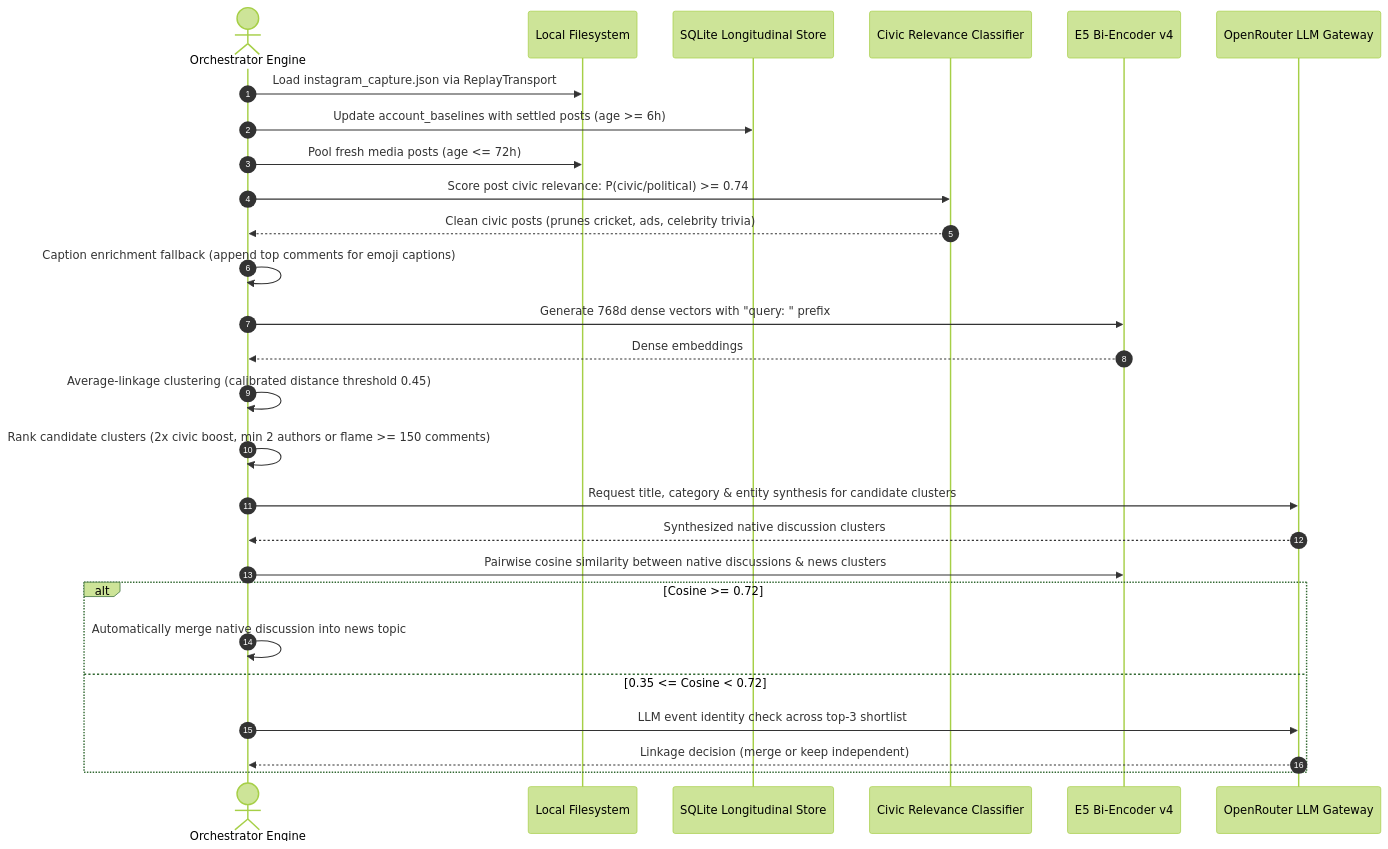
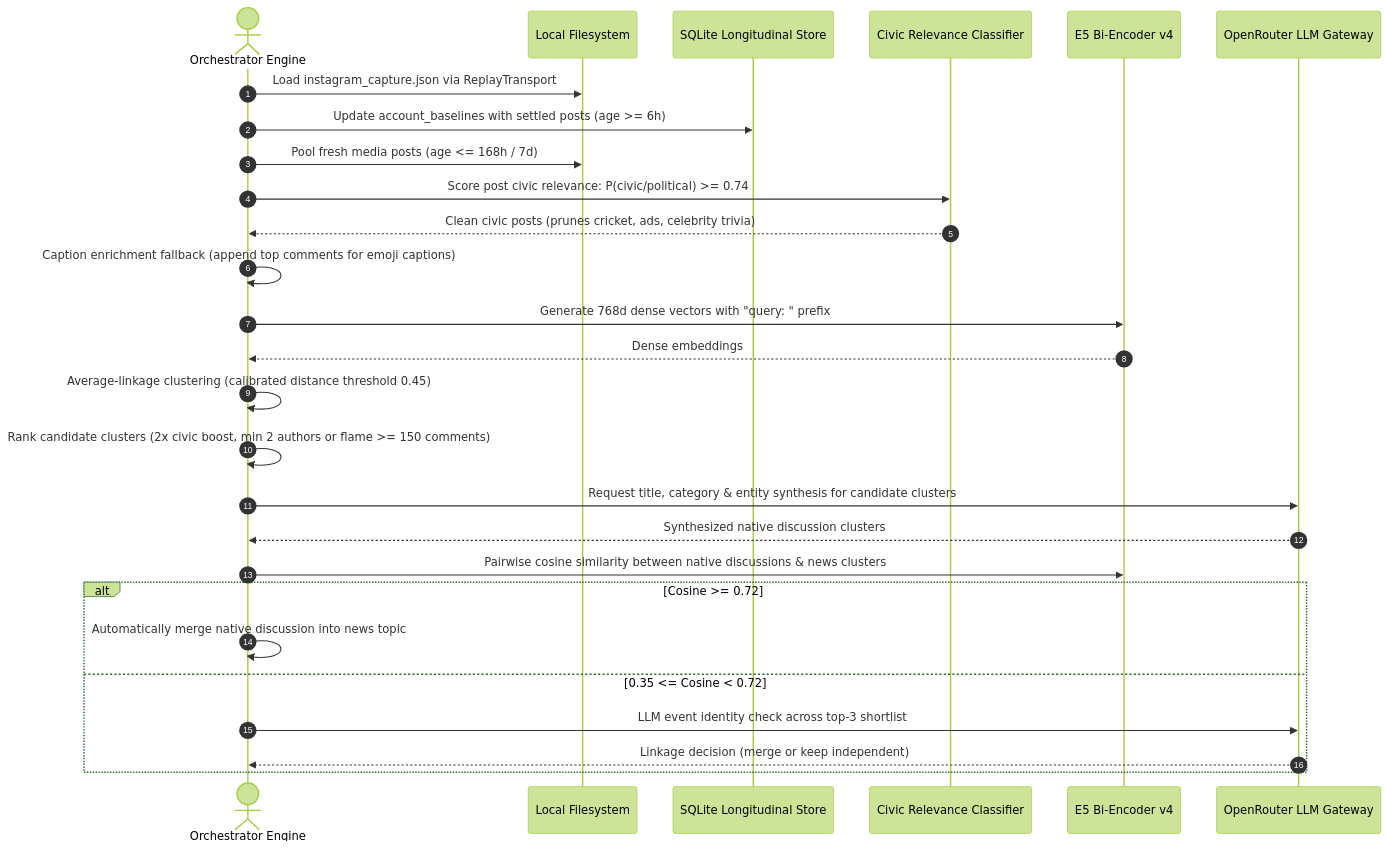
One commit to shankha06/identify-what-matters changed diagram 18 of 20 in docs/ARCHITECTURE.md. Above: the diagram before and after it, drawn with Mermaid (forest theme). The commit also changed other lines of this file and 72 other files, not shown here.

````diff
--- a/docs/ARCHITECTURE.md
+++ b/docs/ARCHITECTURE.md
@@ -758,30 +911,30 @@
 ```mermaid
 sequenceDiagram
     autonumber
     actor CLI as Orchestrator Engine
     participant FS as Local Filesystem
     participant DB as SQLite Longitudinal Store
     participant CIV as Civic Relevance Classifier
     participant E5 as E5 Bi-Encoder v4
     participant OR as OpenRouter LLM Gateway
 
     CLI->>FS: Load instagram_capture.json via ReplayTransport
     CLI->>DB: Update account_baselines with settled posts (age >= 6h)
-    CLI->>FS: Pool fresh media posts (age <= 72h)
+    CLI->>FS: Pool fresh media posts (age <= 168h / 7d)
     CLI->>CIV: Score post civic relevance: P(civic/political) >= 0.74
     CIV-->>CLI: Clean civic posts (prunes cricket, ads, celebrity trivia)
     CLI->>CLI: Caption enrichment fallback (append top comments for emoji captions)
     CLI->>E5: Generate 768d dense vectors with "query: " prefix
     E5-->>CLI: Dense embeddings
     CLI->>CLI: Average-linkage clustering (calibrated distance threshold 0.45)
     CLI->>CLI: Rank candidate clusters (2x civic boost, min 2 authors or flame >= 150 comments)
     CLI->>OR: Request title, category & entity synthesis for candidate clusters
     OR-->>CLI: Synthesized native discussion clusters
     CLI->>E5: Pairwise cosine similarity between native discussions & news clusters
     alt Cosine >= 0.72
         CLI->>CLI: Automatically merge native discussion into news topic
     else 0.35 <= Cosine < 0.72
         CLI->>OR: LLM event identity check across top-3 shortlist
         OR-->>CLI: Linkage decision (merge or keep independent)
     end
 ```
````
